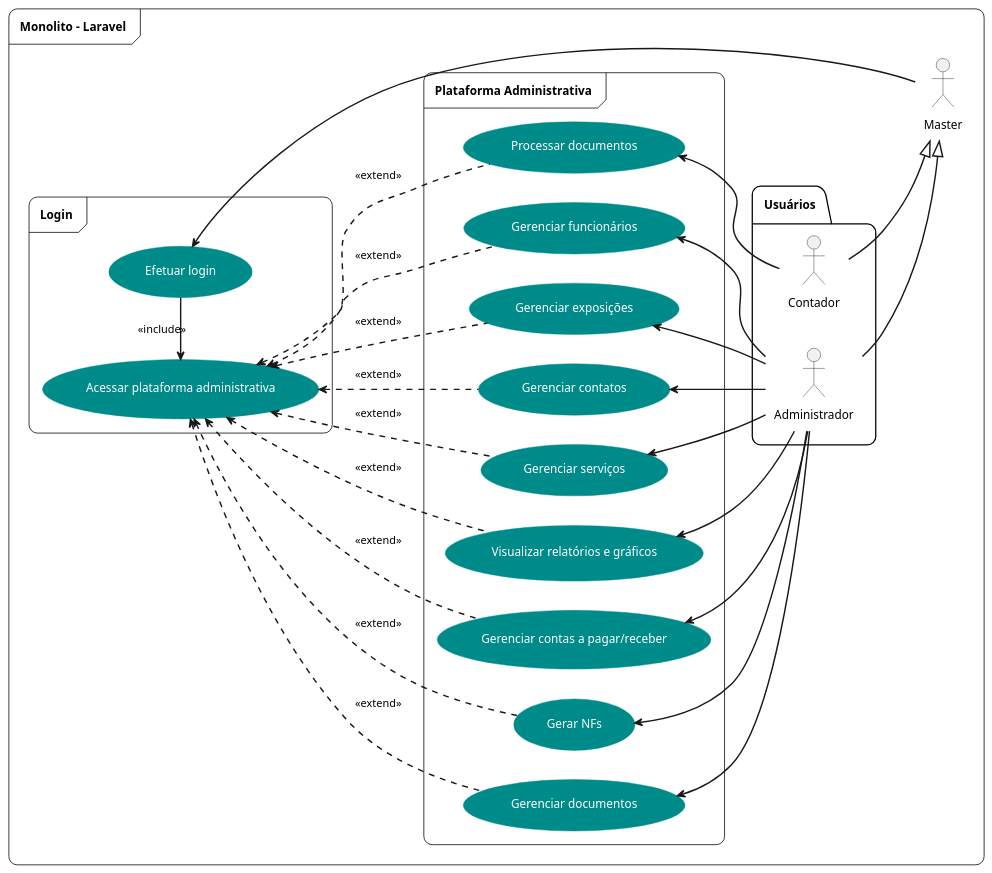
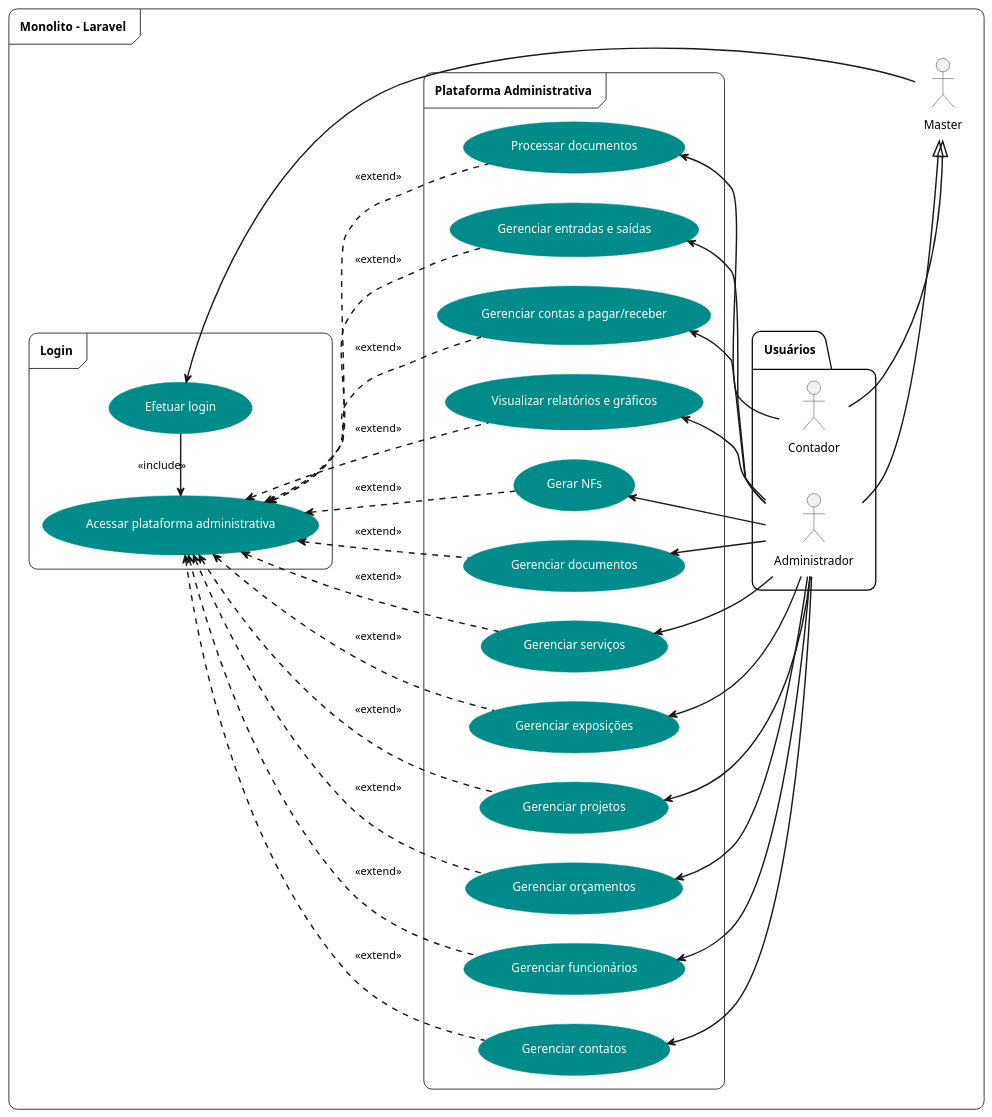
One commit to eslrzr/tcc changed the diagram in storage/diagrams/ucd-adm.wsd. Above: the diagram before and after it, drawn with PlantUML. The commit also changed 1 other file, not shown here.

```diff
--- a/storage/diagrams/ucd-adm.wsd
+++ b/storage/diagrams/ucd-adm.wsd
@@ -1,72 +1,81 @@
 @startuml "Diagrama de Casos de Uso"
 left to right direction
 skinparam usecase {
     BackgroundColor darkcyan
     BorderColor darkcyan
     FontColor white
 }
 
 skinparam arrow {
     ArrowColor black
     Thickness 1.7
 }
 
 skinparam Padding 10
 skinparam roundcorner 20
 skinparam maxmessagesize 60
 
 frame "Monolito - Laravel" {
     actor "Master" as master
 
     package "Usuários" {
         actor "Administrador" as admin
         actor "Contador" as contador
     }
 
     ' Master engloba todos os usuários de administração
     admin --|> master
     contador --|> master
 
     ' Exemplificando ação de login
     frame "Login" {
         usecase "Efetuar login" as efetuarLogin
         usecase "Acessar plataforma administrativa" as acessarAdminitstrativo
         ' Utilizando linha abaixo apenas paara melhorar exibição do diagrama
         master -[hidden]u-> (efetuarLogin)
         master -[hidden]u-> (efetuarLogin)
         master -[norank]u-> (efetuarLogin)
         (efetuarLogin) -l-> (acessarAdminitstrativo) : <<include>>
     }
 
     ' Exemplificando ações da área administrativa
     frame "Plataforma Administrativa" {
         usecase "Gerenciar funcionários" as gerenciarFuncionarios
         usecase "Visualizar relatórios e gráficos" as relatoriosGraficos
         usecase "Gerenciar contas a pagar/receber" as gerenciarContas
+        usecase "Gerenciar entradas e saídas" as gerenciarSaldo
         usecase "Gerenciar serviços" as gerenciarServicos
+        usecase "Gerenciar projetos" as gerenciarProjetos
+        usecase "Gerenciar orçamentos" as gerenciarOrçamentos
         usecase "Gerar NFs" as gerarNFs
         usecase "Gerenciar exposições" as gerenciarExposicoes
         usecase "Gerenciar contatos" as gerenciarContatos
         usecase "Gerenciar documentos" as gerenciarDocumentos
         usecase "Processar documentos" as processarDocumentos
-        admin -u-> (gerenciarFuncionarios)
-        (gerenciarFuncionarios) .u.> (acessarAdminitstrativo) : <<extend>>
-        admin -u-> (gerenciarExposicoes)
-        (gerenciarExposicoes) .u.> (acessarAdminitstrativo) : <<extend>>
-        admin -u-> (gerenciarContatos)
-        (gerenciarContatos) .u.> (acessarAdminitstrativo) : <<extend>>
-        admin -u-> (gerenciarServicos)
-        (gerenciarServicos) .u.> (acessarAdminitstrativo) : <<extend>>
+        admin -u-> (gerenciarSaldo)
+        (gerenciarSaldo) .u.> (acessarAdminitstrativo) : <<extend>>
+        admin -u-> (gerenciarContas)
+        (gerenciarContas) .u.> (acessarAdminitstrativo)  : <<extend>>
         admin -u-> (relatoriosGraficos)
         (relatoriosGraficos) .u.> (acessarAdminitstrativo) : <<extend>>
-        admin -u-> (gerenciarContas)
-        (gerenciarContas) .u.> (acessarAdminitstrativo)  : <<extend>>
         admin -u-> (gerarNFs)
         (gerarNFs) .u.> (acessarAdminitstrativo) : <<extend>>
         admin -u-> (gerenciarDocumentos)
         (gerenciarDocumentos) .u.> (acessarAdminitstrativo) : <<extend>>
+        admin -u-> (gerenciarServicos)
+        (gerenciarServicos) .u.> (acessarAdminitstrativo) : <<extend>>
+        admin -u-> (gerenciarExposicoes)
+        (gerenciarExposicoes) .u.> (acessarAdminitstrativo) : <<extend>>
+        admin -u-> (gerenciarProjetos)
+        (gerenciarProjetos) .u.> (acessarAdminitstrativo) : <<extend>>
+        admin -u-> (gerenciarOrçamentos)
+        (gerenciarOrçamentos) .u.> (acessarAdminitstrativo) : <<extend>>
+        admin -u-> (gerenciarFuncionarios)
+        (gerenciarFuncionarios) .u.> (acessarAdminitstrativo) : <<extend>>
+        admin -u-> (gerenciarContatos)
+        (gerenciarContatos) .u.> (acessarAdminitstrativo) : <<extend>>
         contador -u-> (processarDocumentos)
         (processarDocumentos) .u.> (acessarAdminitstrativo) : <<extend>>
     }
 }
 @enduml
```
